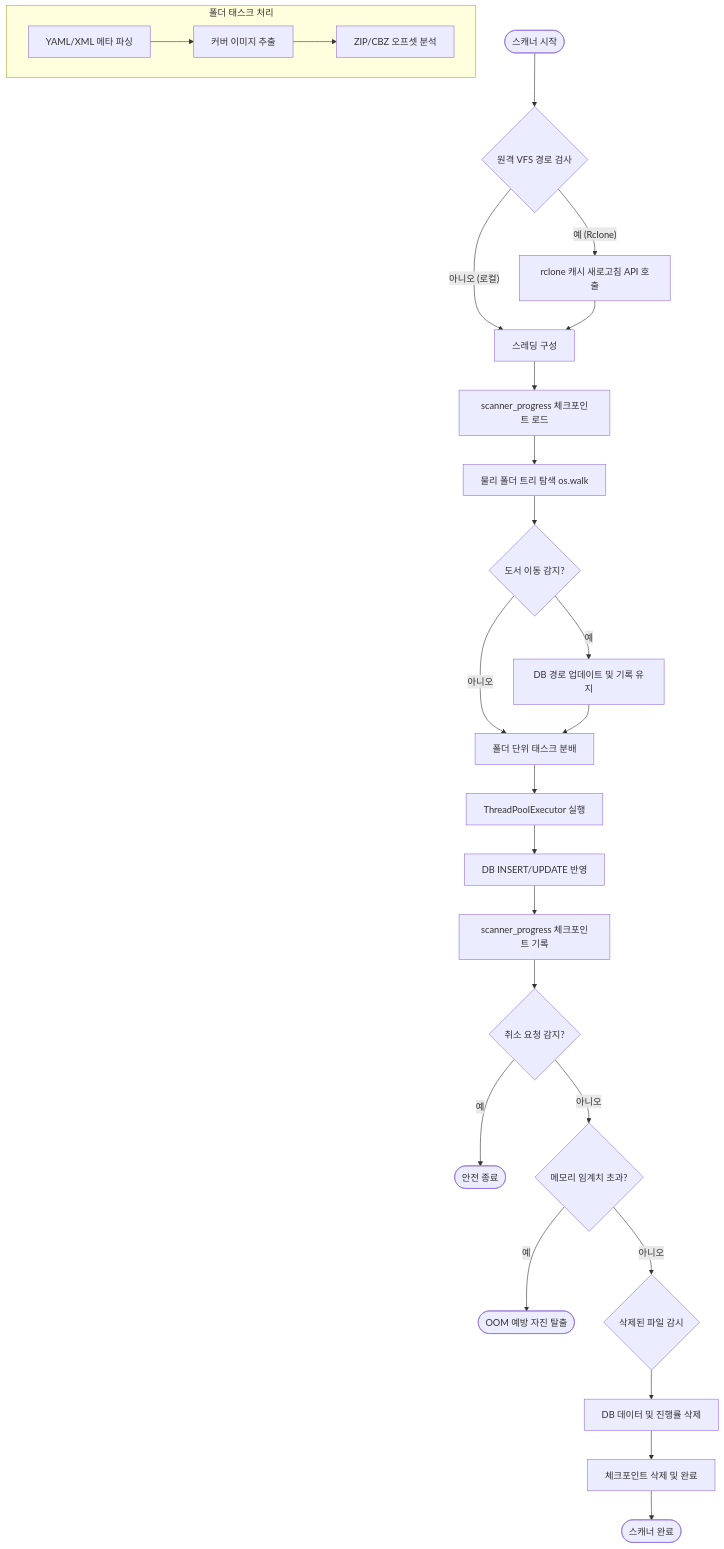
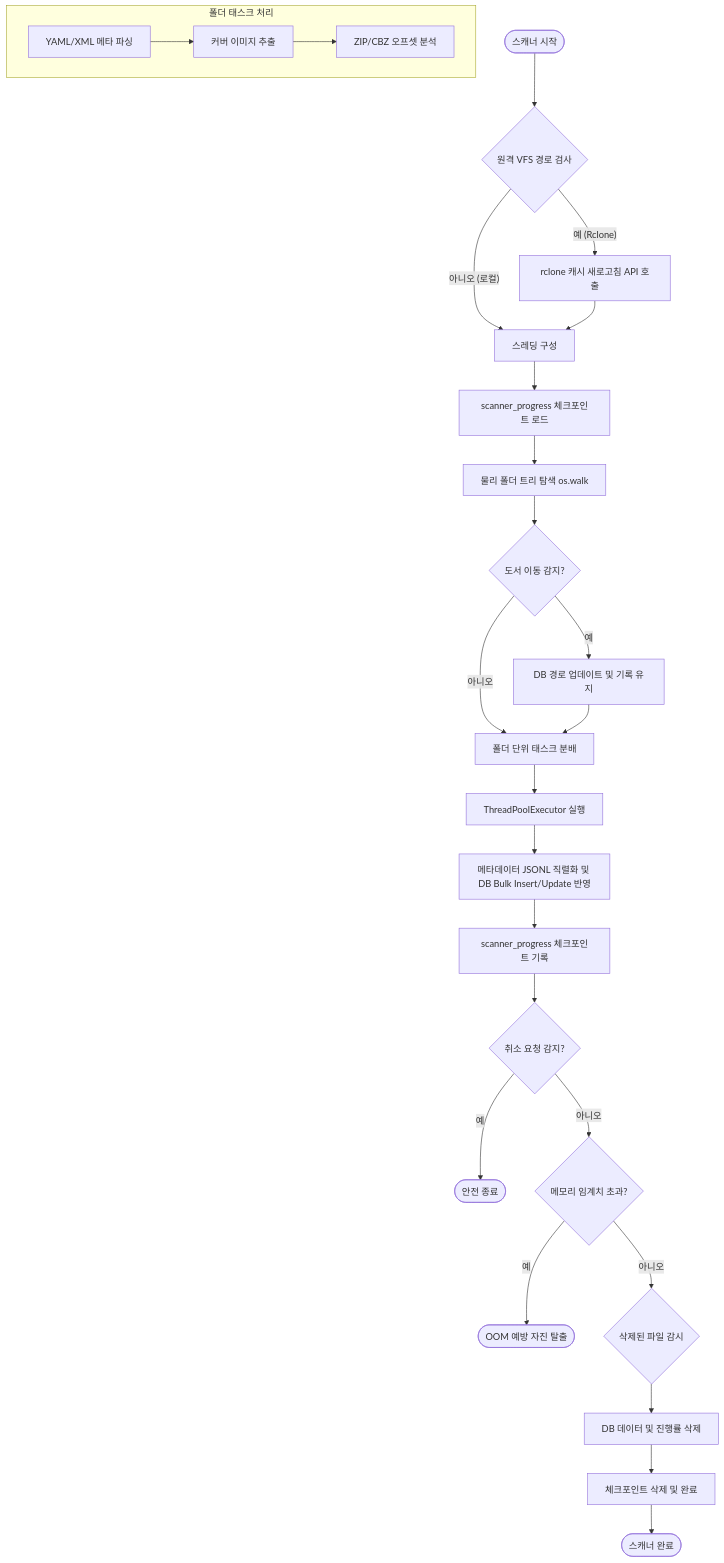
One commit to leeyj/BookOasis_stable changed the diagram in docs/spec_scanner_logic.md. Above: the diagram before and after it, drawn with Mermaid. The commit also changed other lines of this file and 16 other files, not shown here.

````diff
--- a/docs/spec_scanner_logic.md
+++ b/docs/spec_scanner_logic.md
@@ -11,36 +11,36 @@
 ```mermaid
 graph TD
     Start([스캐너 시작]) --> VFS_Check{원격 VFS 경로 검사}
     VFS_Check -- "예 (Rclone)" --> VFS_Refresh[rclone 캐시 새로고침 API 호출]
     VFS_Check -- "아니오 (로컬)" --> Thread_Config[스레딩 구성]
     VFS_Refresh --> Thread_Config
     
     Thread_Config --> Load_Checkpoint[scanner_progress 체크포인트 로드]
     Load_Checkpoint --> Walk_Dirs[물리 폴더 트리 탐색 os.walk]
     
     Walk_Dirs --> Move_Detect{도서 이동 감지?}
     Move_Detect -- "예" --> Update_Path[DB 경로 업데이트 및 기록 유지]
     Move_Detect -- "아니오" --> Task_Distribute[폴더 단위 태스크 분배]
     Update_Path --> Task_Distribute
     
     Task_Distribute --> Thread_Pool[ThreadPoolExecutor 실행]
     
     subgraph "폴더 태스크 처리"
         Parse_Meta[YAML/XML 메타 파싱] --> Extract_Cover[커버 이미지 추출]
         Extract_Cover --> Parse_Offset[ZIP/CBZ 오프셋 분석]
     end
     
-    Thread_Pool --> Apply_DB[DB INSERT/UPDATE 반영]
+    Thread_Pool --> Apply_DB[메타데이터 JSONL 직렬화 및 DB Bulk Insert/Update 반영]
     Apply_DB --> Save_Progress[scanner_progress 체크포인트 기록]
     
     Save_Progress --> Cancel_Check{취소 요청 감지?}
     Cancel_Check -- "예" --> Terminate_Safe([안전 종료])
     Cancel_Check -- "아니오" --> Memory_Check{메모리 임계치 초과?}
     
     Memory_Check -- "예" --> Terminate_OOM([OOM 예방 자진 탈출])
     Memory_Check -- "아니오" --> Remove_Check{삭제된 파일 감시}
     
     Remove_Check --> Delete_DB[DB 데이터 및 진행률 삭제]
     Delete_DB --> Clear_Checkpoint[체크포인트 삭제 및 완료]
     Clear_Checkpoint --> End([스캐너 완료])
 ```
````
